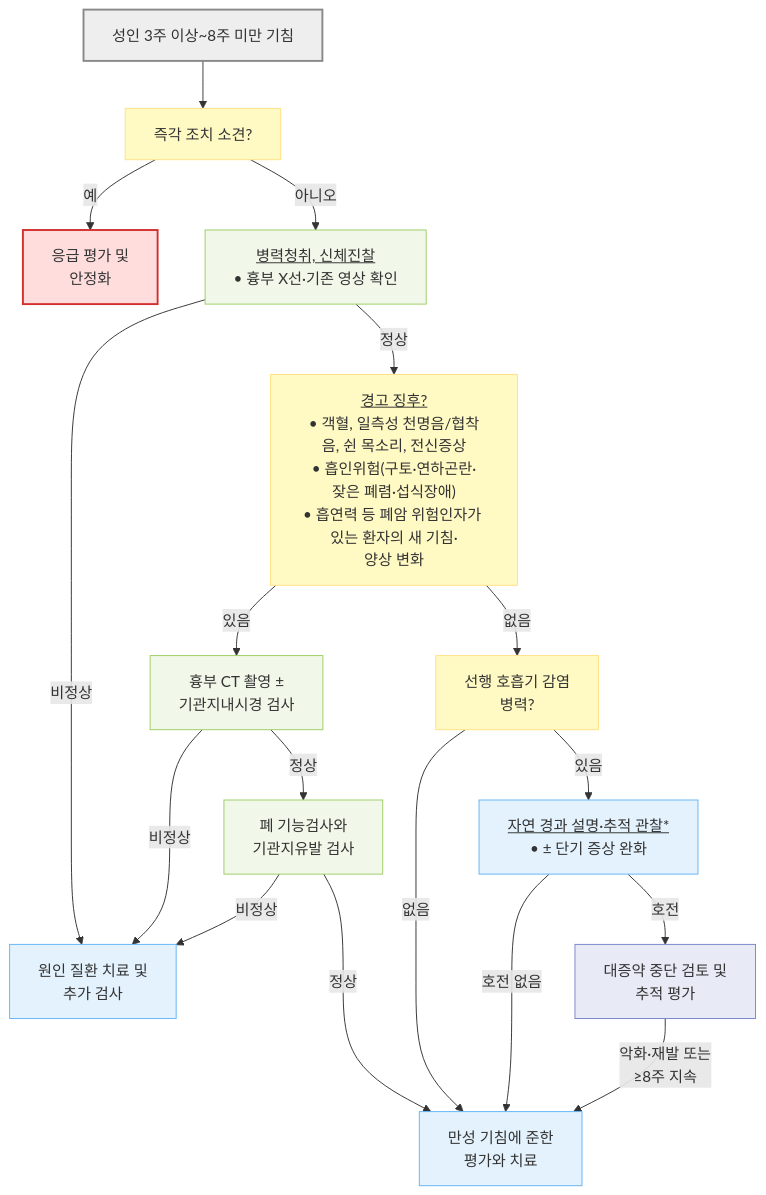
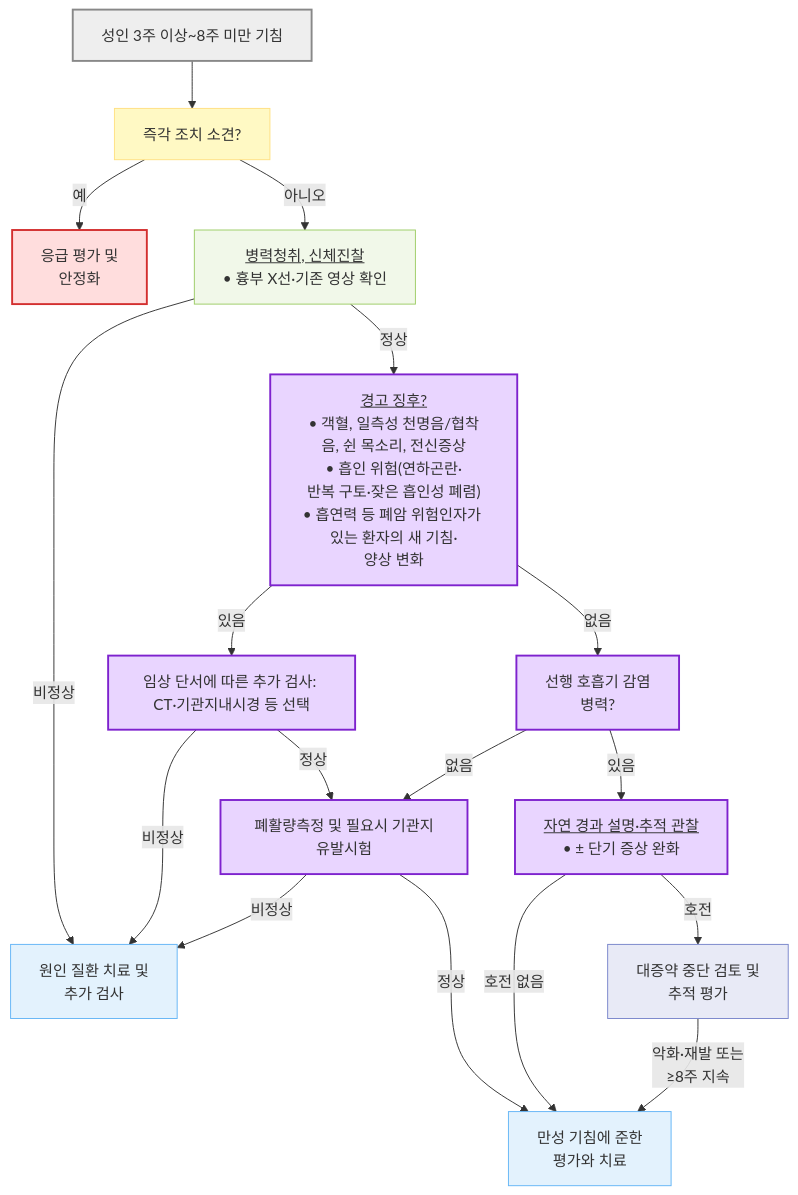
The second of 3 diagrams in 220_/006_-cough.md (familyoh77/familyoh77), drawn with Mermaid before and after one commit. The commit also changed other lines of this file, not shown here.

````diff
--- a/220_/006_-cough.md
+++ b/220_/006_-cough.md
@@ -264,31 +309,33 @@
 ```mermaid
 flowchart TD
     Start["성인 3주 이상~8주 미만 기침"] --> Urgent["즉각 조치 소견?"]
     Urgent -- "예" --> Emergency["응급 평가 및 <br/>안정화"]
     Urgent -- "아니오" --> Xray["<u>병력청취, 신체진찰</u><br/>• 흉부 X선·기존 영상 확인"]
     Xray -- "비정상" --> TreatCause["원인 질환 치료 및<br/>추가 검사"]
-    Xray -- "정상" --> RedFlags["<u>경고 징후?</u><br/>• 객혈, 일측성 천명음/협착음, 쉰 목소리, 전신증상<br/>• 흡인위험(구토·연하곤란·<br/>잦은 폐렴·섭식장애)<br/>• 흡연력 등 폐암 위험인자가 <br/>있는 환자의 새 기침·<br/>양상 변화"]
-    RedFlags -- "있음" --> CT["흉부 CT 촬영 ±<br/>기관지내시경 검사"]
+    Xray -- "정상" --> RedFlags["<u>경고 징후?</u><br/>• 객혈, 일측성 천명음/협착음, 쉰 목소리, 전신증상<br/>• 흡인 위험(연하곤란·<br/>반복 구토·잦은 흡인성 폐렴)<br/>• 흡연력 등 폐암 위험인자가 <br/>있는 환자의 새 기침·<br/>양상 변화"]
+    RedFlags -- "있음" --> CT["임상 단서에 따른 추가 검사: CT·기관지내시경 등 선택"]
     RedFlags -- "없음" --> PostInfectious["선행 호흡기 감염 <br/>병력?"]
     CT -- "비정상" --> TreatCause
-    CT -- "정상" --> PFT["폐 기능검사와<br/>기관지유발 검사"]
+    CT -- "정상" --> PFT["폐활량측정 및 필요시 기관지유발시험"]
     PFT -- "비정상" --> TreatCause
     PFT -- "정상" --> Chronic["만성 기침에 준한<br/>평가와 치료"]
-    PostInfectious -- "있음" --> Symptomatic["<u>자연 경과 설명·추적 관찰*</u><br/>• ± 단기 증상 완화"]
-    PostInfectious -- "없음" --> Chronic
+    PostInfectious -- "있음" --> Symptomatic["<u>자연 경과 설명·추적 관찰</u><br/>• ± 단기 증상 완화"]
+    PostInfectious -- "없음" --> PFT
     Symptomatic -- "호전" --> FollowUp["대증약 중단 검토 및<br/>추적 평가"]
     Symptomatic -- "호전 없음" --> Chronic
     FollowUp -- "악화·재발 또는 <br/>≥8주 지속" --> Chronic
     classDef start fill:#eeeeee,stroke:#888888,stroke-width:2px
     classDef question fill:#fff9c4,stroke:#ffe082
     classDef emergency fill:#ffdddd,stroke:#d32f2f,stroke-width:2px
     classDef evaluation fill:#f1f8e9,stroke:#9ccc65
     classDef treatment fill:#e3f2fd,stroke:#64b5f6
     classDef followup fill:#e8eaf6,stroke:#7986cb
     class Start start
     class Urgent,RedFlags,PostInfectious question
     class Emergency emergency
     class Xray,CT,PFT evaluation
     class TreatCause,Chronic,Symptomatic treatment
     class FollowUp followup
+    classDef revised fill:#e9d5ff,stroke:#7e22ce,stroke-width:2px
+    class RedFlags,CT,PFT,Symptomatic,PostInfectious revised
 ```
````
